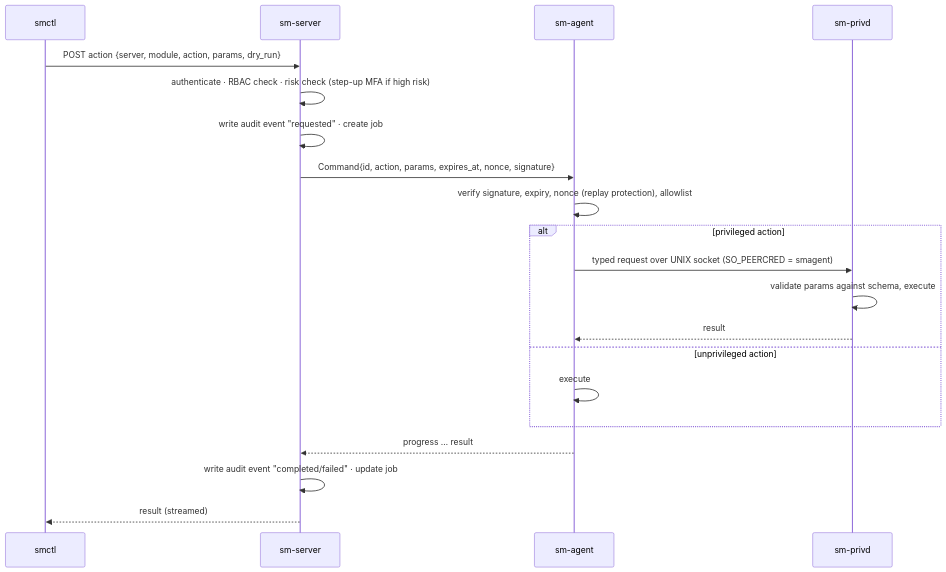
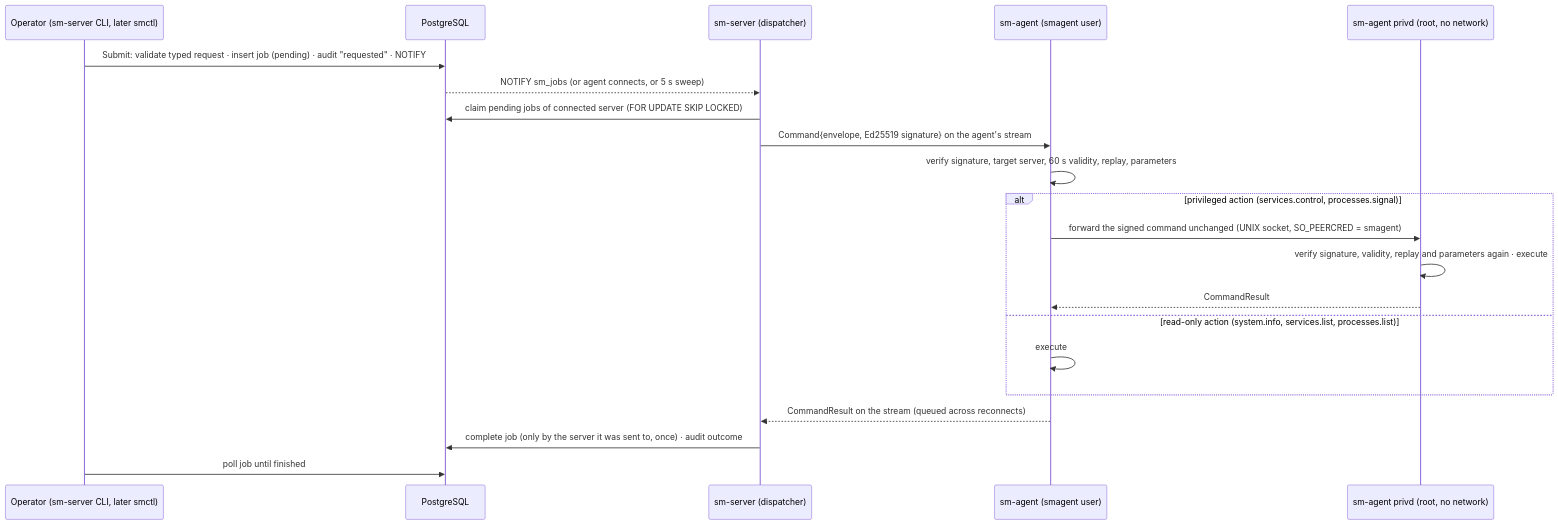
Before and after one commit to monirujjaman-dev/server-manager: the third of 3 diagrams in docs/ARCHITECTURE.md, drawn with Mermaid. The commit also changed other lines of this file and 44 other files, not shown here.

````diff
--- a/docs/ARCHITECTURE.md
+++ b/docs/ARCHITECTURE.md
@@ -148,23 +148,24 @@
 ```mermaid
 sequenceDiagram
-    participant U as smctl
-    participant CP as sm-server
-    participant AG as sm-agent
-    participant PD as sm-privd
+    participant U as Operator (sm-server CLI, later smctl)
+    participant DB as PostgreSQL
+    participant CP as sm-server (dispatcher)
+    participant AG as sm-agent (smagent user)
+    participant PD as sm-agent privd (root, no network)
 
-    U->>CP: POST action {server, module, action, params, dry_run}
-    CP->>CP: authenticate · RBAC check · risk check (step-up MFA if high risk)
-    CP->>CP: write audit event "requested" · create job
-    CP->>AG: Command{id, action, params, expires_at, nonce, signature}
-    AG->>AG: verify signature, expiry, nonce (replay protection), allowlist
-    alt privileged action
-        AG->>PD: typed request over UNIX socket (SO_PEERCRED = smagent)
-        PD->>PD: validate params against schema, execute
-        PD-->>AG: result
-    else unprivileged action
+    U->>DB: Submit: validate typed request · insert job (pending) · audit "requested" · NOTIFY
+    DB-->>CP: NOTIFY sm_jobs (or agent connects, or 5 s sweep)
+    CP->>DB: claim pending jobs of connected server (FOR UPDATE SKIP LOCKED)
+    CP->>AG: Command{envelope, Ed25519 signature} on the agent's stream
+    AG->>AG: verify signature, target server, 60 s validity, replay, parameters
+    alt privileged action (services.control, processes.signal)
+        AG->>PD: forward the signed command unchanged (UNIX socket, SO_PEERCRED = smagent)
+        PD->>PD: verify signature, validity, replay and parameters again · execute
+        PD-->>AG: CommandResult
+    else read-only action (system.info, services.list, processes.list)
         AG->>AG: execute
     end
-    AG-->>CP: progress … result
-    CP->>CP: write audit event "completed/failed" · update job
-    CP-->>U: result (streamed)
+    AG-->>CP: CommandResult on the stream (queued across reconnects)
+    CP->>DB: complete job (only by the server it was sent to, once) · audit outcome
+    U->>DB: poll job until finished
 ```
````
